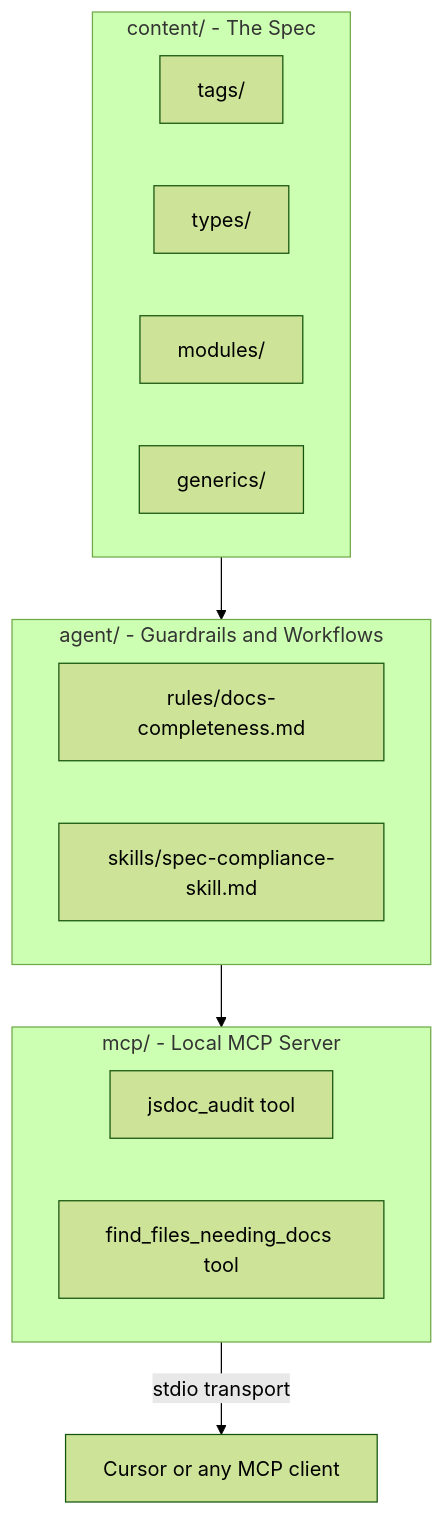
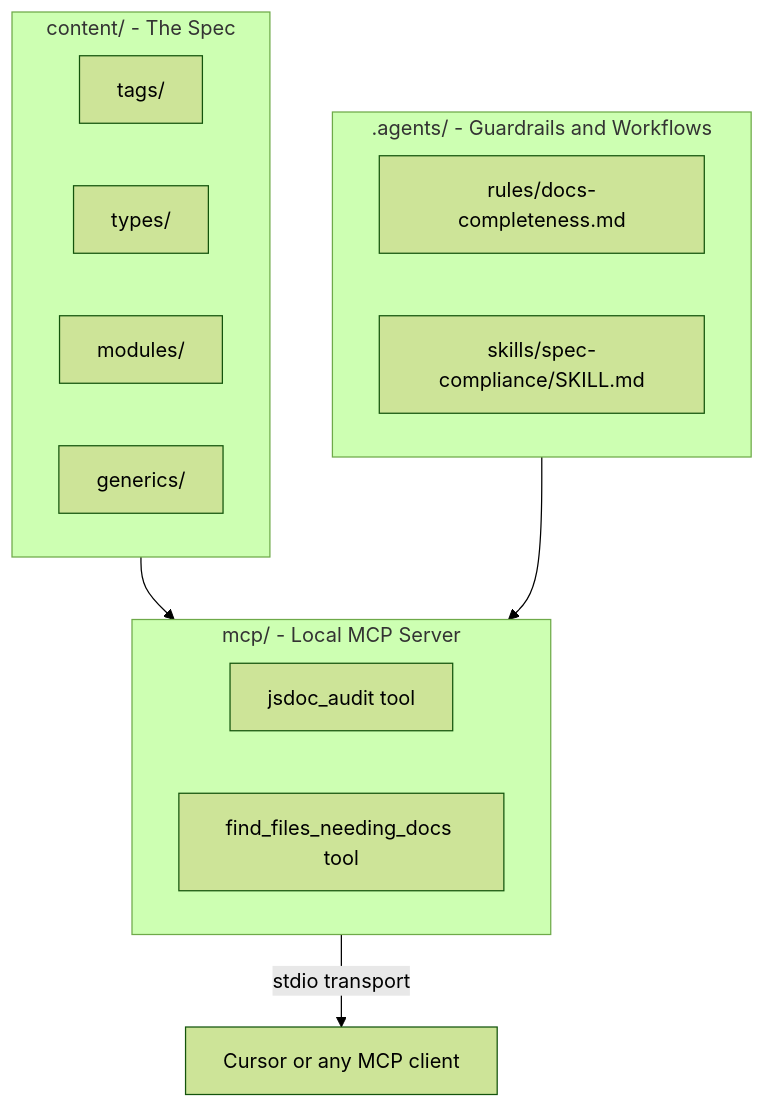
One commit to mmbmf1/jsdoc-agent changed the diagram in README.md. Above: the diagram before and after it, drawn with Mermaid (forest theme). The commit also changed other lines of this file and 17 other files, not shown here.

````diff
--- a/README.md
+++ b/README.md
@@ -7,23 +7,23 @@
 ```mermaid
 flowchart TB
   subgraph content [content/ - The Spec]
     tags[tags/]
     types[types/]
     modules[modules/]
     generics[generics/]
   end
 
-  subgraph agent [agent/ - Guardrails and Workflows]
+  subgraph agents [.agents/ - Guardrails and Workflows]
     rules[rules/docs-completeness.md]
-    skills[skills/spec-compliance-skill.md]
+    skills[skills/spec-compliance/SKILL.md]
   end
 
   subgraph mcp [mcp/ - Local MCP Server]
     audit[jsdoc_audit tool]
     scan[find_files_needing_docs tool]
   end
 
-  content --> agent
-  agent --> mcp
+  content --> mcp
+  agents --> mcp
   mcp -->|"stdio transport"| client[Cursor or any MCP client]
 ```
````
